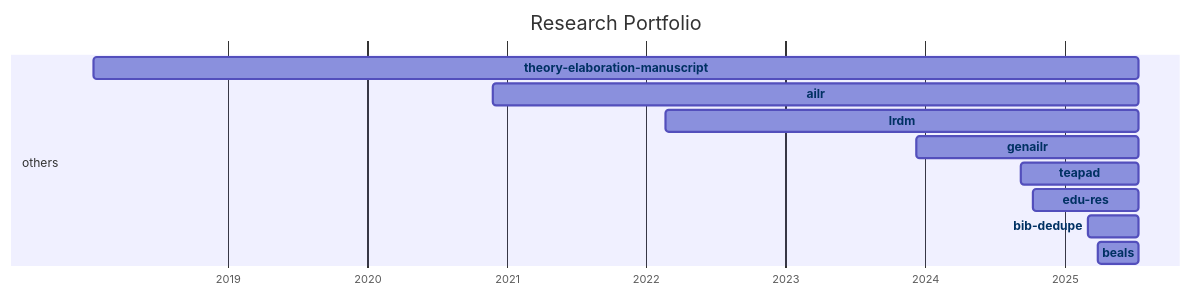
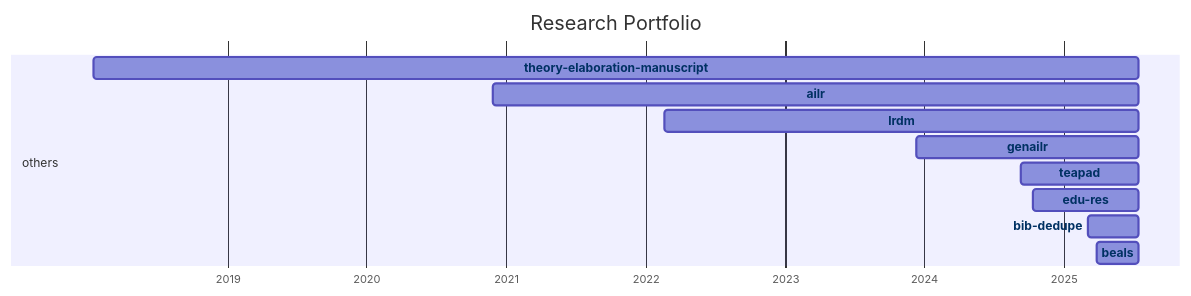
One commit to digital-work-lab/handbook changed the diagram in docs/20-research/25-projects-gantt.md. Above: the diagram before and after it, drawn with Mermaid. The commit also changed 2 other files, not shown here.

Commit message:
Update repository overview

````diff
--- a/docs/20-research/25-projects-gantt.md
+++ b/docs/20-research/25-projects-gantt.md
@@ -8,35 +8,35 @@
 ```mermaid
 ---
 displayMode: compact
 ---
 gantt
 title Research Portfolio
 dateFormat YYYY-MM-DD
 axisFormat %Y
 
     section work_practices
 
     section distributed_organizing
 
     section knowledge_synthesis
 
     section others
-        beals :beals, 2025-03-28, 2025-07-14
-        bib-dedupe :bib-dedupe, 2025-03-04, 2025-07-14
-        edu-res :edu-res, 2024-10-10, 2025-07-14
-        teapad :teapad, 2024-09-10, 2025-07-14
-        genailr :genailr, 2023-12-10, 2025-07-14
-        lrdm :lrdm, 2022-02-20, 2025-07-14
-        ailr :ailr, 2020-11-26, 2025-07-14
-        theory-elaboration-manuscript :theory-elaboration-manuscript, 2018-01-15, 2025-07-14
+        beals :beals, 2025-03-28, 2025-07-15
+        bib-dedupe :bib-dedupe, 2025-03-04, 2025-07-15
+        edu-res :edu-res, 2024-10-10, 2025-07-15
+        teapad :teapad, 2024-09-10, 2025-07-15
+        genailr :genailr, 2023-12-10, 2025-07-15
+        lrdm :lrdm, 2022-02-20, 2025-07-15
+        ailr :ailr, 2020-11-26, 2025-07-15
+        theory-elaboration-manuscript :theory-elaboration-manuscript, 2018-01-15, 2025-07-15
 
 
     click beals href "{{ site.baseurl }}/docs/10-lab/18-resources/beals.html"
     click bib-dedupe href "{{ site.baseurl }}/docs/10-lab/18-resources/bib-dedupe.html"
     click edu-res href "{{ site.baseurl }}/docs/10-lab/18-resources/edu-res.html"
     click teapad href "{{ site.baseurl }}/docs/10-lab/18-resources/teapad.html"
     click genailr href "{{ site.baseurl }}/docs/10-lab/18-resources/genailr.html"
     click lrdm href "{{ site.baseurl }}/docs/10-lab/18-resources/lrdm.html"
     click ailr href "{{ site.baseurl }}/docs/10-lab/18-resources/ailr.html"
     click theory-elaboration-manuscript href "{{ site.baseurl }}/docs/10-lab/18-resources/theory-elaboration-manuscript.html"
 ```
````
